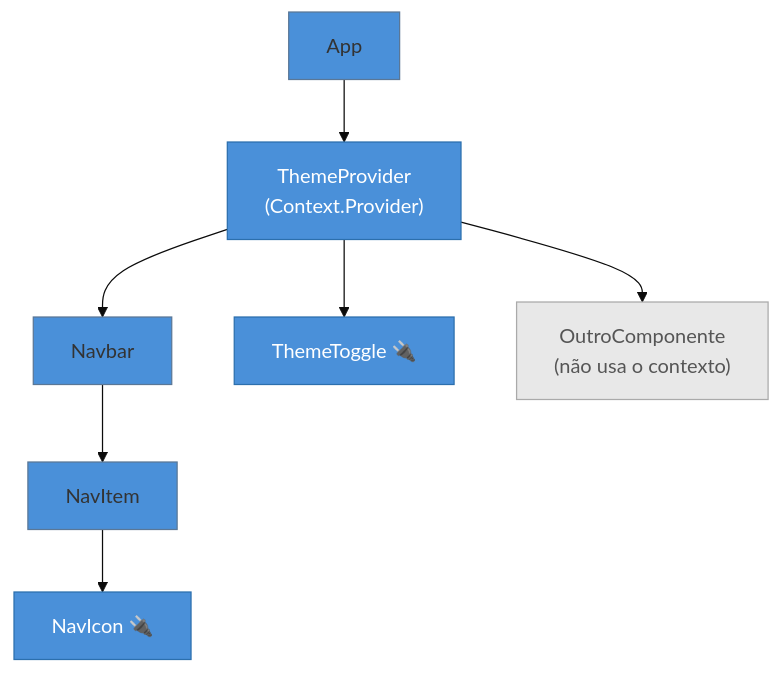
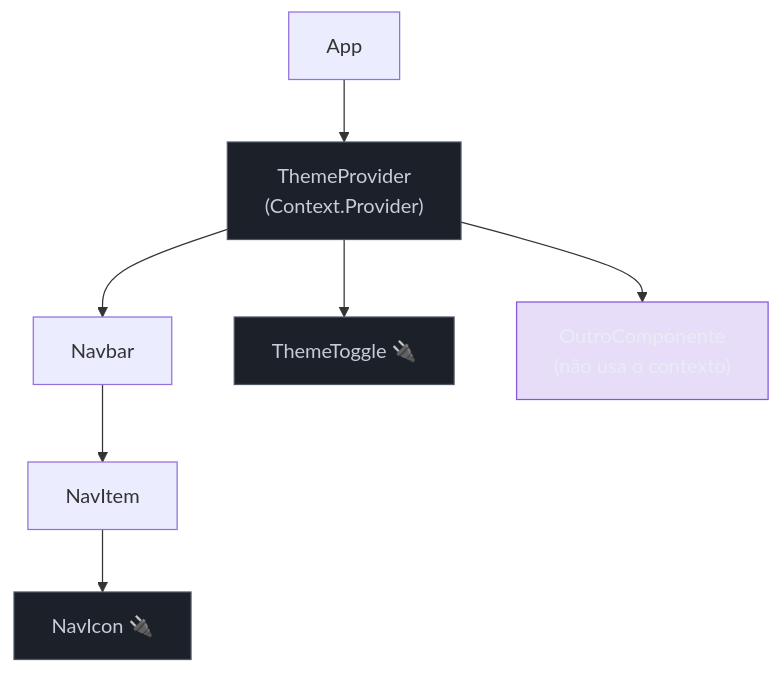
Before and after one commit to josenaldo/codex-technomanticus: the diagram in 03-Dominios/Tecnologia/React/Design Patterns/05 - Provider pattern.md, drawn with Mermaid. The commit also changed 1181 other files, not shown here.

First line of the commit message:
fix(diagramas): paleta do sistema no lugar de cor cravada no markdown

````diff
--- a/03-Dominios/Tecnologia/React/Design Patterns/05 - Provider pattern.md
+++ b/03-Dominios/Tecnologia/React/Design Patterns/05 - Provider pattern.md
@@ -112,23 +112,24 @@
 ```mermaid
-%%{init: {"theme": "base", "themeVariables": {"primaryColor": "#4A90D9", "edgeLabelBackground": "#ffffff"}}}%%
 graph TD
+    classDef neutro fill:#1B2029,stroke:#4E5666,color:#C6CCD8
+    classDef marca fill:#8855DF33,stroke:#8855DF,color:#E9ECF2
     App["App"]
     Provider["ThemeProvider\n(Context.Provider)"]
     Navbar["Navbar"]
     NavItem["NavItem"]
     NavIcon["NavIcon 🔌"]
     Toggle["ThemeToggle 🔌"]
     Other["OutroComponente\n(não usa o contexto)"]
 
     App --> Provider
     Provider --> Navbar
     Provider --> Toggle
     Provider --> Other
     Navbar --> NavItem
     NavItem --> NavIcon
 
-    style Provider fill:#4A90D9,color:#fff,stroke:#2c6fad
-    style NavIcon fill:#4A90D9,color:#fff,stroke:#2c6fad
-    style Toggle fill:#4A90D9,color:#fff,stroke:#2c6fad
-    style Other fill:#e8e8e8,color:#555,stroke:#aaa
+    class Provider neutro
+    class NavIcon neutro
+    class Toggle neutro
+    class Other marca
 ```
````
